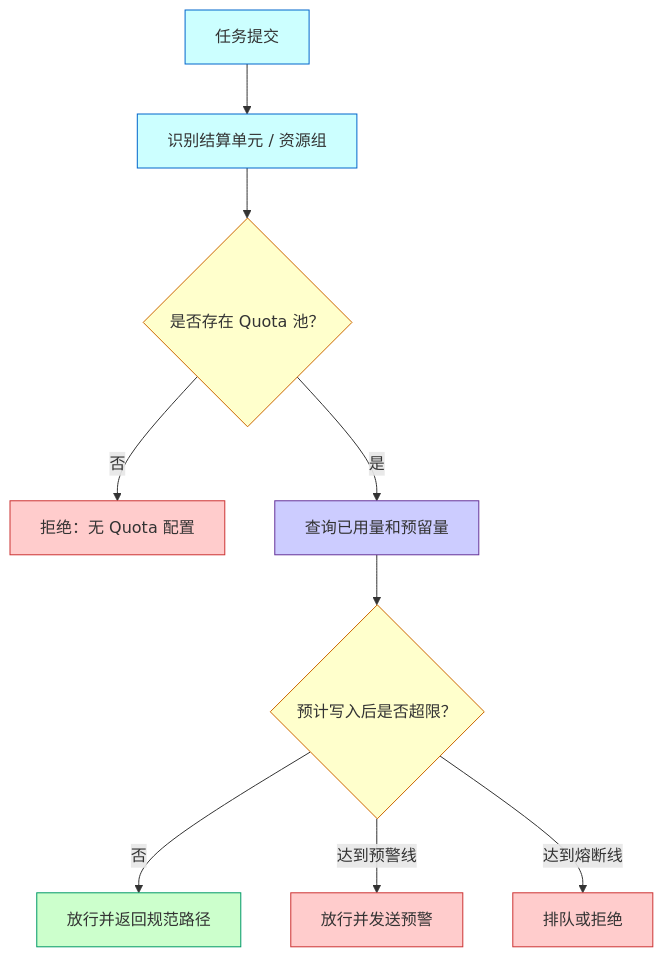
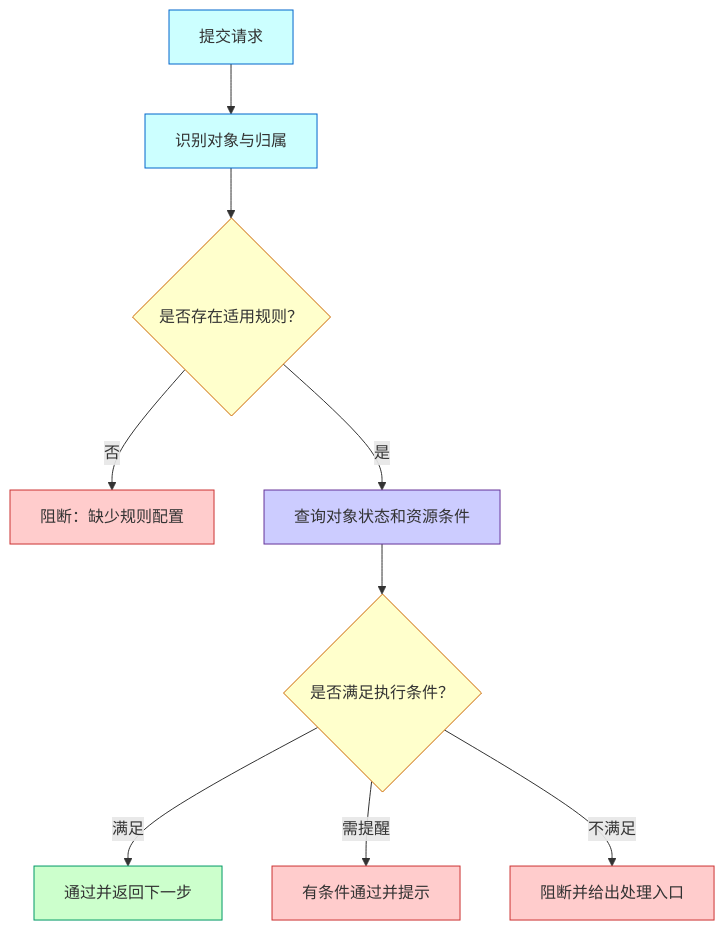
Before and after one commit to xyjunco/junco-skill: the ninth of 9 diagrams in references/diagram-patterns.md, drawn with Mermaid. The commit also changed other lines of this file and 4 other files, not shown here.

````diff
--- a/references/diagram-patterns.md
+++ b/references/diagram-patterns.md
@@ -341,25 +341,25 @@
 ```mermaid
 flowchart TD
-  Start["任务提交"] --> Identify["识别结算单元 / 资源组"]
-  Identify --> HasQuota{"是否存在 Quota 池？"}
-  HasQuota -- "否" --> RejectNoQuota["拒绝：无 Quota 配置"]
-  HasQuota -- "是" --> Query["查询已用量和预留量"]
-  Query --> Enough{"预计写入后是否超限？"}
-  Enough -- "否" --> Pass["放行并返回规范路径"]
-  Enough -- "达到预警线" --> Warn["放行并发送预警"]
-  Enough -- "达到熔断线" --> Block["排队或拒绝"]
+  Start["提交请求"] --> Identify["识别对象与归属"]
+  Identify --> HasPolicy{"是否存在适用规则？"}
+  HasPolicy -- "否" --> RejectNoPolicy["阻断：缺少规则配置"]
+  HasPolicy -- "是" --> Query["查询对象状态和资源条件"]
+  Query --> Allowed{"是否满足执行条件？"}
+  Allowed -- "满足" --> Pass["通过并返回下一步"]
+  Allowed -- "需提醒" --> Warn["有条件通过并提示"]
+  Allowed -- "不满足" --> Block["阻断并给出处理入口"]
 
   class Start,Identify core;
-  class HasQuota,Enough control;
+  class HasPolicy,Allowed control;
   class Query data;
   class Pass runtime;
-  class Warn,Block,RejectNoQuota risk;
+  class Warn,Block,RejectNoPolicy risk;
 
   classDef actor fill:#FFCC99,stroke:#CC6600,color:#333333;
   classDef core fill:#CCFFFF,stroke:#0066CC,color:#333333;
   classDef runtime fill:#CCFFCC,stroke:#009966,color:#333333;
   classDef control fill:#FFFFCC,stroke:#CC6600,color:#333333;
   classDef data fill:#CCCCFF,stroke:#663399,color:#333333;
   classDef risk fill:#FFCCCC,stroke:#CC3333,color:#333333;
   classDef neutral fill:#FFFFFF,stroke:#999999,color:#333333;
 ```
````
